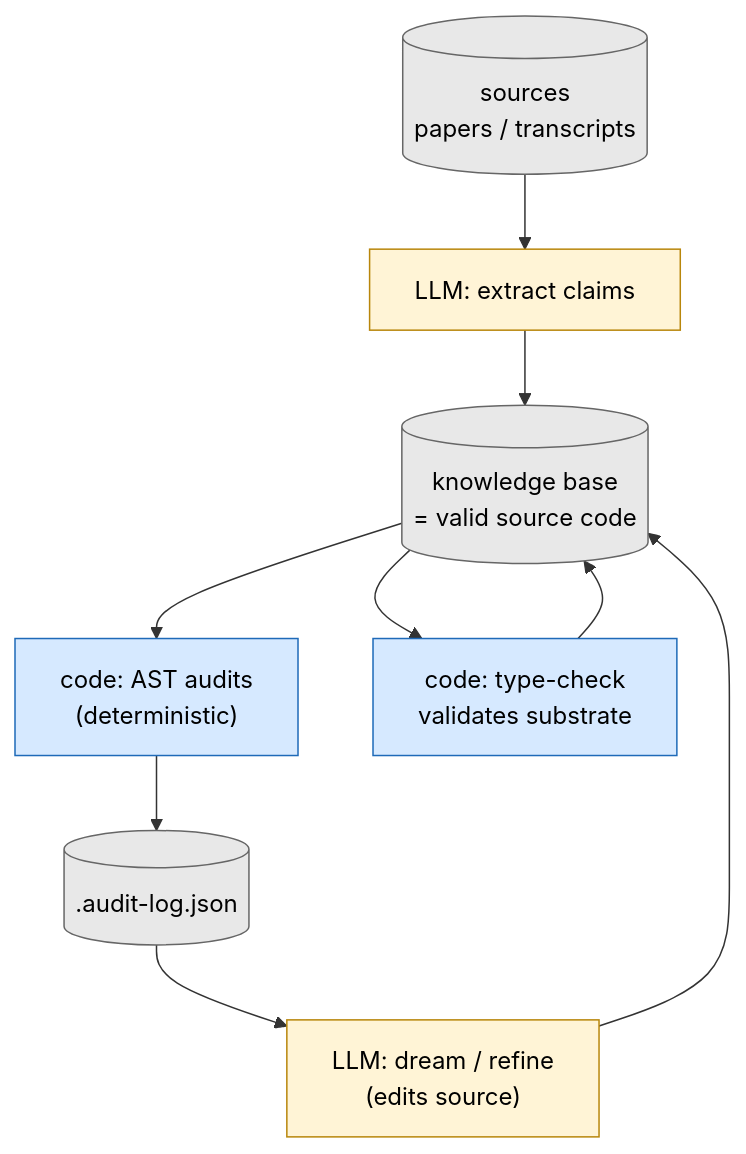
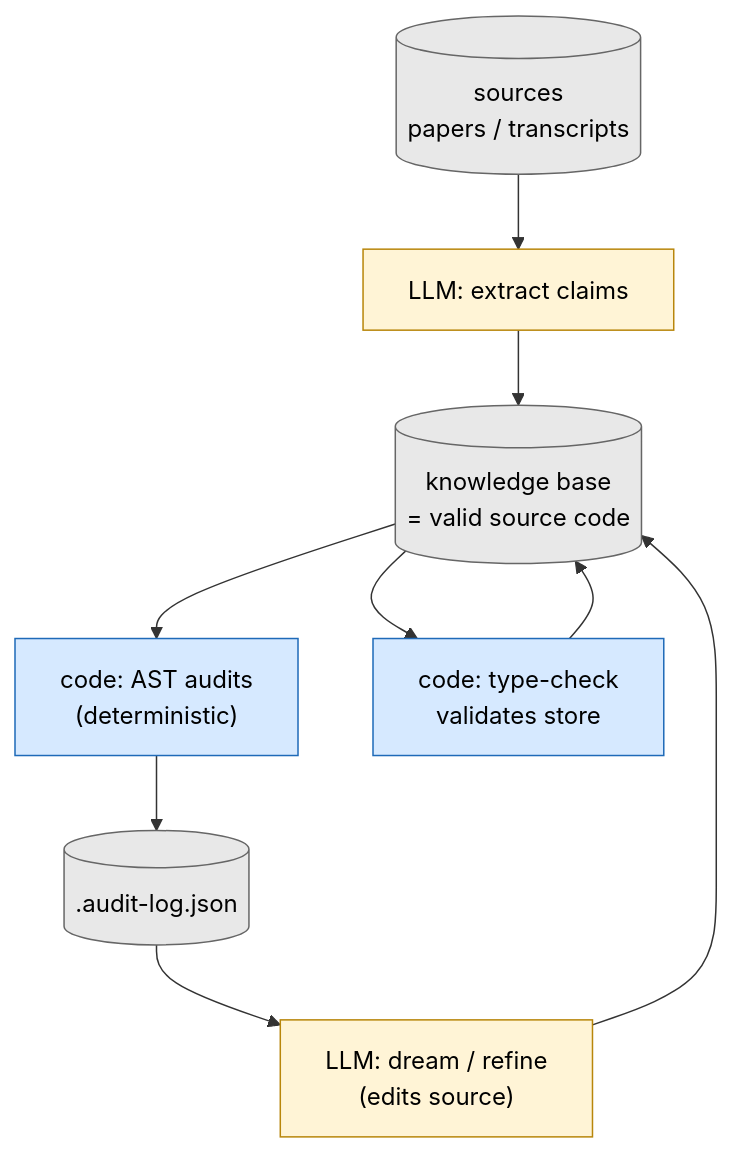
Before and after one commit to justinstimatze/hybrid: diagram 11 of 15 in skills/hybrid-loops/references/BLOCK_GRAPHS.md, drawn with Mermaid. The commit also changed other lines of this file and 12 other files, not shown here.

First line of the commit message:
hybrid-loops: rename substrate role to store, README stripe-voice pass

````diff
--- a/skills/hybrid-loops/references/BLOCK_GRAPHS.md
+++ b/skills/hybrid-loops/references/BLOCK_GRAPHS.md
@@ -338,19 +338,19 @@
 ```mermaid
 flowchart TB
     classDef llm fill:#fff4d6,stroke:#b8860b,color:#000
     classDef code fill:#d6e9ff,stroke:#1e6ab8,color:#000
     classDef data fill:#e8e8e8,stroke:#666,color:#000
 
     sources[(sources<br/>papers / transcripts)]:::data
     extract["LLM: extract claims"]:::llm
     kb[(knowledge base<br/>= valid source code)]:::data
     audits["code: AST audits<br/>(deterministic)"]:::code
     findings[(.audit-log.json)]:::data
     refine["LLM: dream / refine<br/>(edits source)"]:::llm
-    build["code: type-check<br/>validates substrate"]:::code
+    build["code: type-check<br/>validates store"]:::code
 
     sources --> extract --> kb
     kb --> audits --> findings --> refine
     refine --> kb
     kb --> build --> kb
 ```
````
